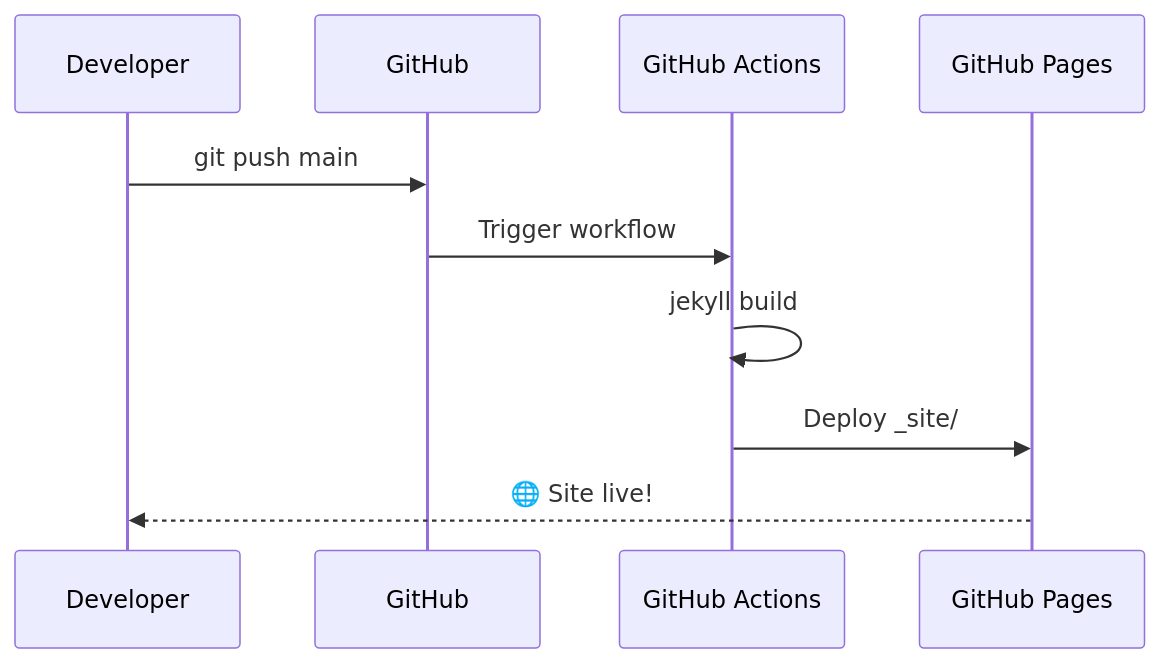
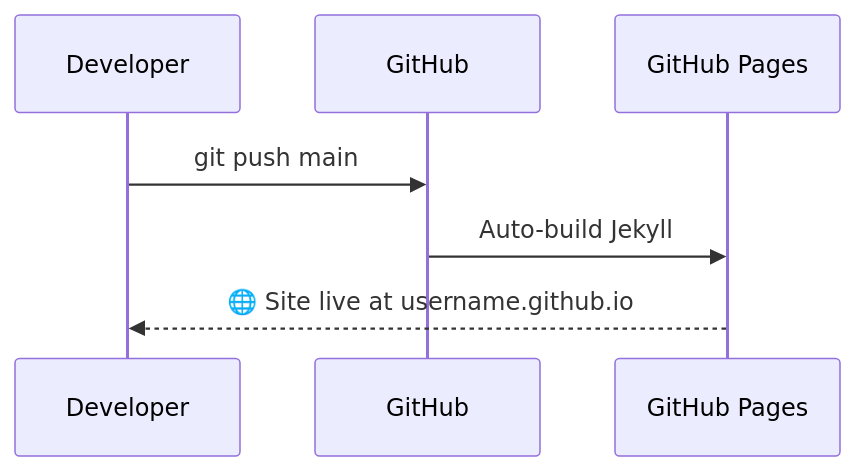
Before and after one commit to bamr87/zer0-mistakes: the ninth of 13 diagrams in README.md, drawn with Mermaid. The commit also changed other lines of this file and 11 other files, not shown here.

First line of the commit message:
docs(fork): add fork-to-deploy workflow and user site guidance

````diff
--- a/README.md
+++ b/README.md
@@ -533,13 +553,10 @@
 ```mermaid
 sequenceDiagram
     participant Dev as Developer
     participant GH as GitHub
-    participant Actions as GitHub Actions
     participant Pages as GitHub Pages
     
     Dev->>GH: git push main
-    GH->>Actions: Trigger workflow
-    Actions->>Actions: jekyll build
-    Actions->>Pages: Deploy _site/
-    Pages-->>Dev: 🌐 Site live!
+    GH->>Pages: Auto-build Jekyll
+    Pages-->>Dev: 🌐 Site live at username.github.io
 ```
````
